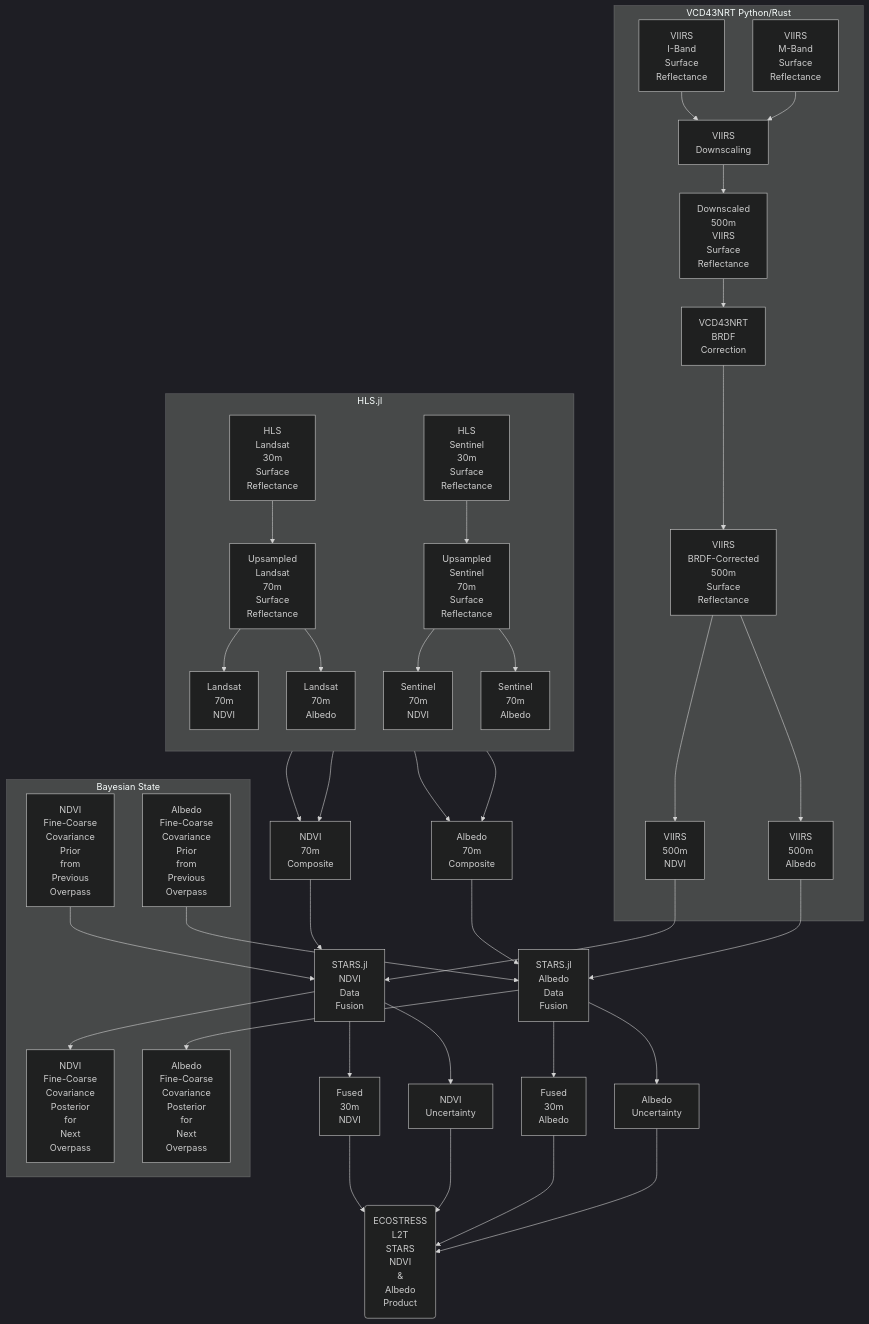
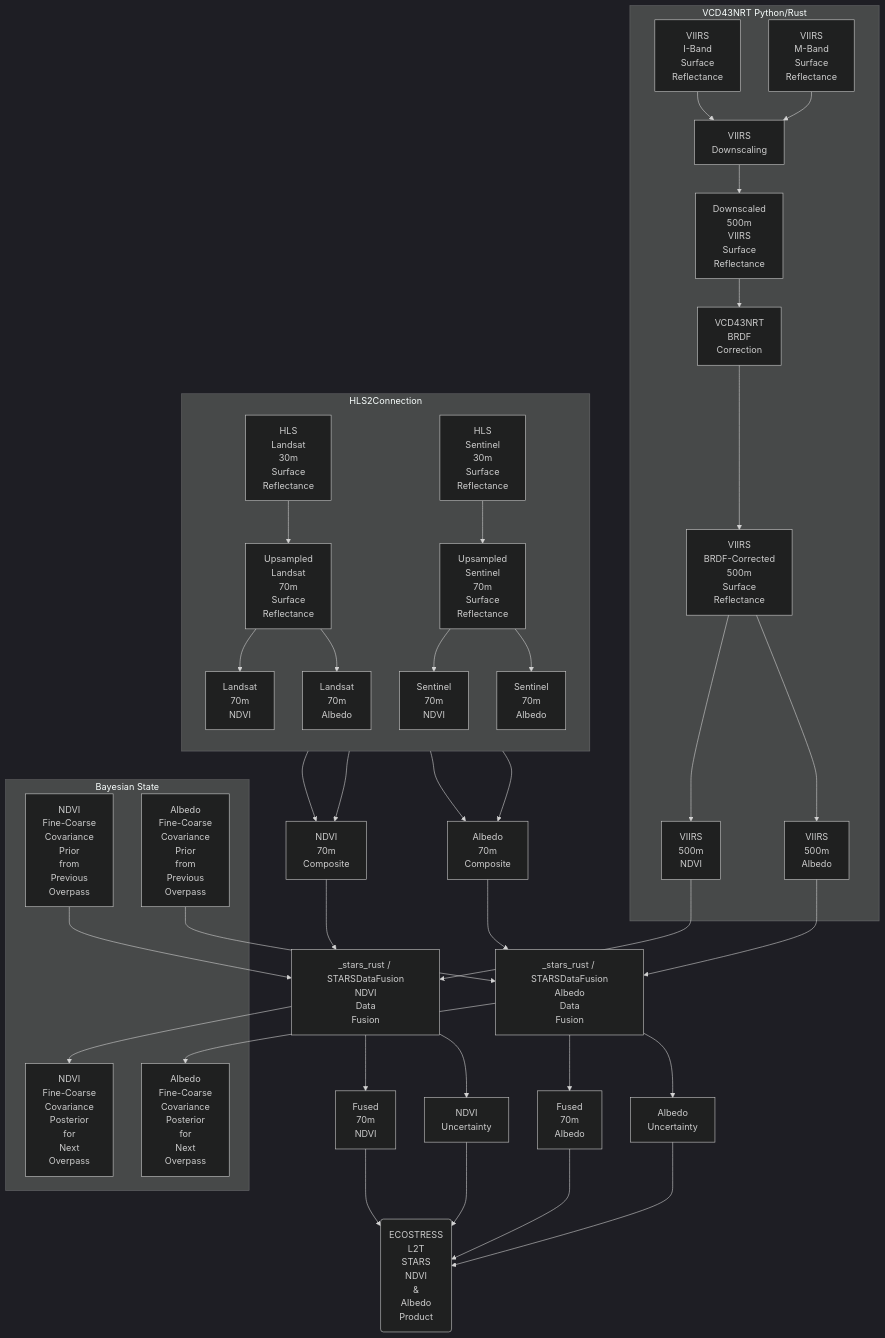
The diagram in README.md (ECOSTRESS-Collection-3/ECOv003-L2T-STARS), drawn with Mermaid (dark theme) before and after one commit. The commit also changed other lines of this file, not shown here.

````diff
--- a/README.md
+++ b/README.md
@@ -53,7 +53,7 @@
         VIIRS_albedo[VIIRS<br>500m<br>Albedo]
     end
 
-    subgraph HLS_aquisition[HLS.jl]
+    subgraph HLS_aquisition[HLS2Connection]
         direction TB
         Landsat_reflectance[HLS<br>Landsat<br>30m<br>Surface<br>Reflectance]
         Landsat_upsampled[Upsampled<br>Landsat<br>70m<br>Surface<br>Reflectance]
@@ -73,13 +73,13 @@
     end
 
     fine_NDVI_input[NDVI<br>70m<br>Composite]
-    NDVI_data_fusion[STARS.jl<br>NDVI<br>Data<br>Fusion]
-    fine_NDVI_output[Fused<br>30m<br>NDVI]
+    NDVI_data_fusion[_stars_rust / STARSDataFusion<br>NDVI<br>Data<br>Fusion]
+    fine_NDVI_output[Fused<br>70m<br>NDVI]
     fine_NDVI_uncertainty[NDVI<br>Uncertainty]
 
     fine_albedo_input[Albedo<br>70m<br>Composite]
-    albedo_data_fusion[STARS.jl<br>Albedo<br>Data<br>Fusion]
-    fine_albedo_output[Fused<br>30m<br>Albedo]
+    albedo_data_fusion[_stars_rust / STARSDataFusion<br>Albedo<br>Data<br>Fusion]
+    fine_albedo_output[Fused<br>70m<br>Albedo]
     fine_albedo_uncertainty[Albedo<br>Uncertainty]
 
     SBG_L2T_STARS(ECOSTRESS<br>L2T<br>STARS<br>NDVI<br>&<br>Albedo<br>Product)
@@ -124,7 +124,7 @@
     fine_albedo_output --> SBG_L2T_STARS
     fine_albedo_uncertainty --> SBG_L2T_STARS
 
-    click VIIRS_BRDF "https://github.com/JPL-Evapotranspiration-Algorithms/VCD43NRT"
-    click NDVI_data_fusion "https://github.com/STARS-Data-Fusion/STARS.jl"
-    click albedo_data_fusion "https://github.com/STARS-Data-Fusion/STARS.jl"
+    click VIIRS_BRDF "[https://github.com/JPL-Evapotranspiration-Algorithms/VCD43NRT](https://github.com/JPL-Evapotranspiration-Algorithms/VCD43NRT)"
+    click NDVI_data_fusion "[https://github.com/STARS-Data-Fusion/STARSDataFusion.jl](https://github.com/STARS-Data-Fusion/STARSDataFusion.jl)"
+    click albedo_data_fusion "[https://github.com/STARS-Data-Fusion/STARSDataFusion.jl](https://github.com/STARS-Data-Fusion/STARSDataFusion.jl)"
 ```
````
